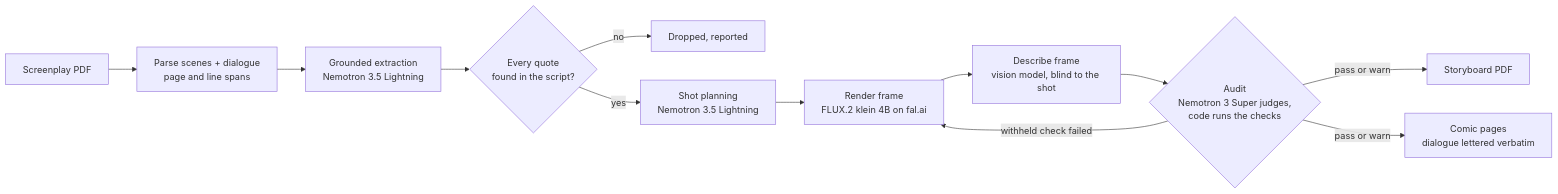
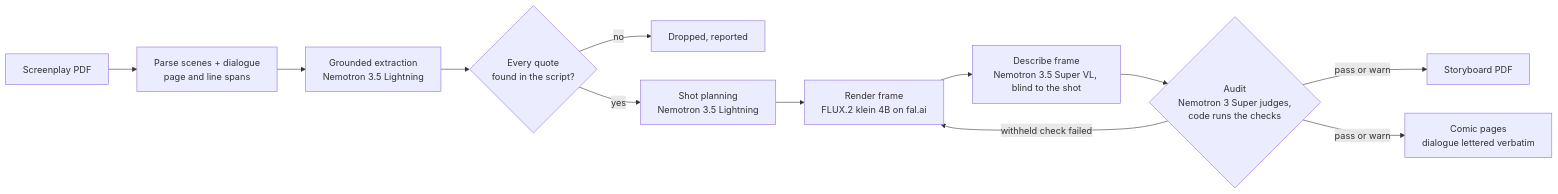
One commit to Katlego-tech/Panelwise changed the diagram in README.md. Above: the diagram before and after it, drawn with Mermaid. The commit also changed other lines of this file and 1 other file, not shown here.

````diff
--- a/README.md
+++ b/README.md
@@ -88,14 +89,14 @@
 ```mermaid
 flowchart LR
   PDF[Screenplay PDF] --> P[Parse scenes + dialogue<br/>page and line spans]
   P --> G[Grounded extraction<br/>Nemotron 3.5 Lightning]
   G --> F{Every quote<br/>found in the script?}
   F -- no --> X[Dropped, reported]
   F -- yes --> S[Shot planning<br/>Nemotron 3.5 Lightning]
   S --> R[Render frame<br/>FLUX.2 klein 4B on fal.ai]
-  R --> D[Describe frame<br/>vision model, blind to the shot]
+  R --> D[Describe frame<br/>Nemotron 3.5 Super VL, blind to the shot]
   D --> V{Audit<br/>Nemotron 3 Super judges,<br/>code runs the checks}
   V -- withheld check failed --> R
   V -- pass or warn --> B[Storyboard PDF]
   V -- pass or warn --> C[Comic pages<br/>dialogue lettered verbatim]
 ```
````
